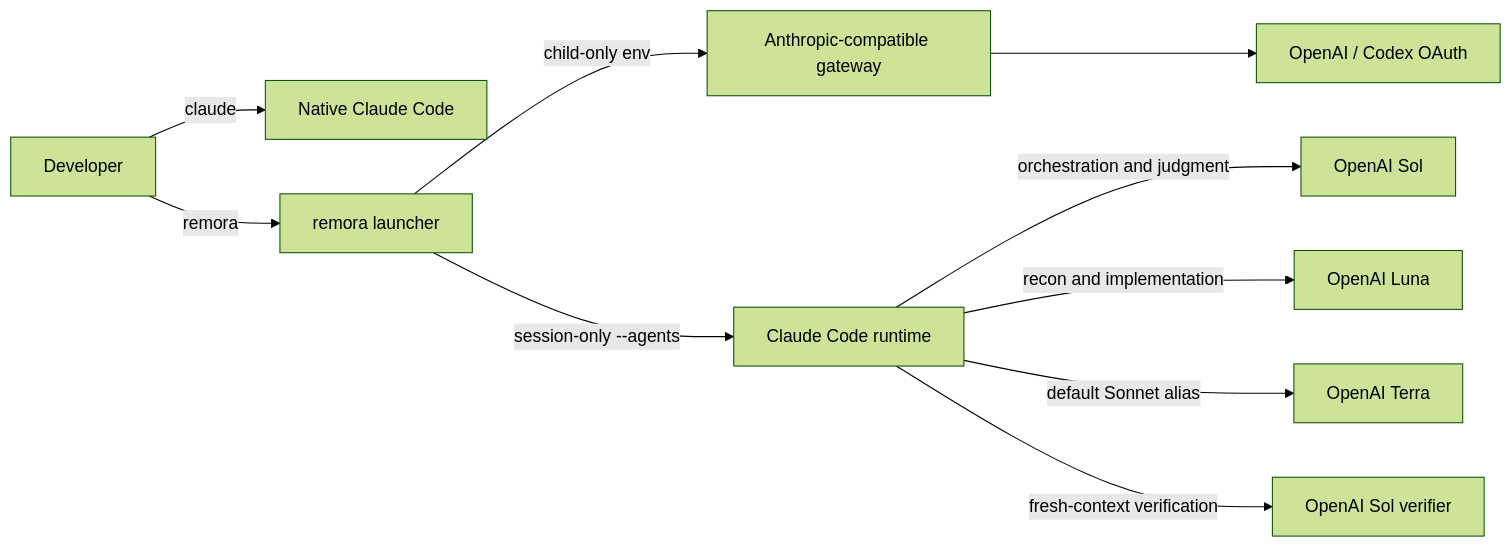
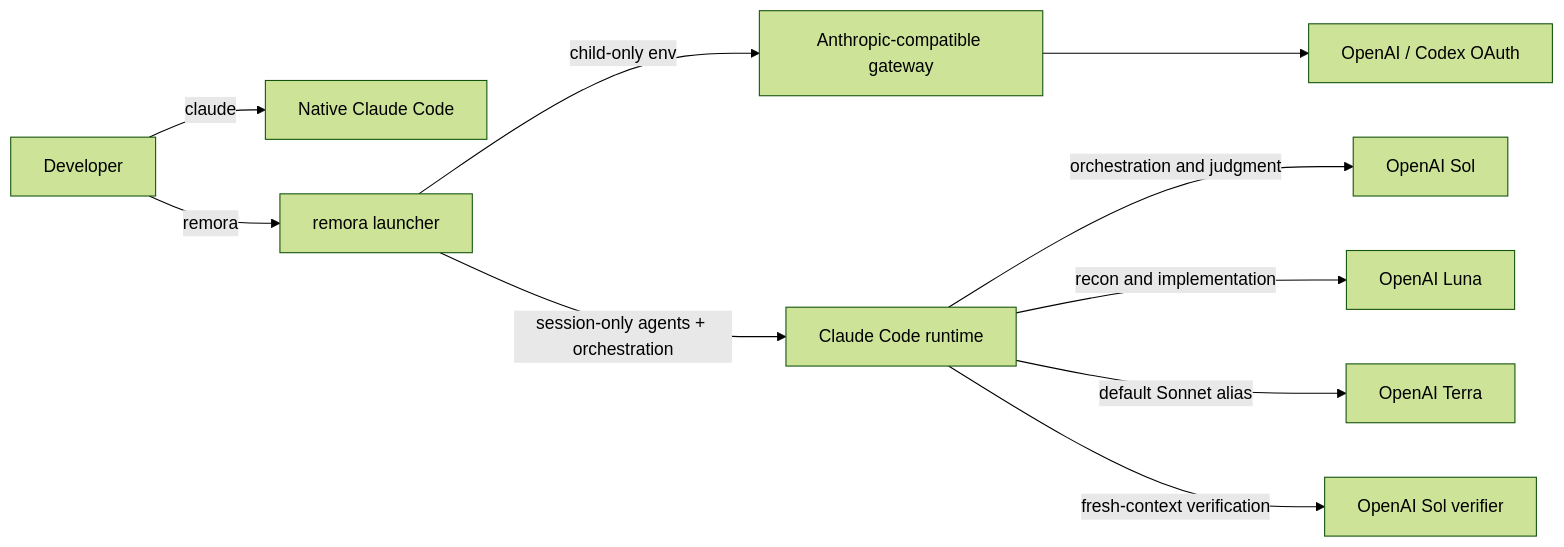
The diagram in README.md (Nanako0129/remora-cc), drawn with Mermaid (forest theme) before and after one commit. The commit also changed other lines of this file and 9 other files, not shown here.

Commit message:
fix(orchestration): background independent agents

````diff
--- a/README.md
+++ b/README.md
@@ -46,12 +46,12 @@
 ```mermaid
 flowchart LR
     U[Developer] -->|claude| N[Native Claude Code]
     U -->|remora| R[remora launcher]
     R -->|child-only env| G[Anthropic-compatible gateway]
-    R -->|session-only --agents| C[Claude Code runtime]
+    R -->|session-only agents + orchestration| C[Claude Code runtime]
     C -->|orchestration and judgment| SOL[OpenAI Sol]
     C -->|recon and implementation| LUNA[OpenAI Luna]
     C -->|default Sonnet alias| TERRA[OpenAI Terra]
     C -->|fresh-context verification| VERIFY[OpenAI Sol verifier]
     G --> OAI[OpenAI / Codex OAuth]
 ```
````
